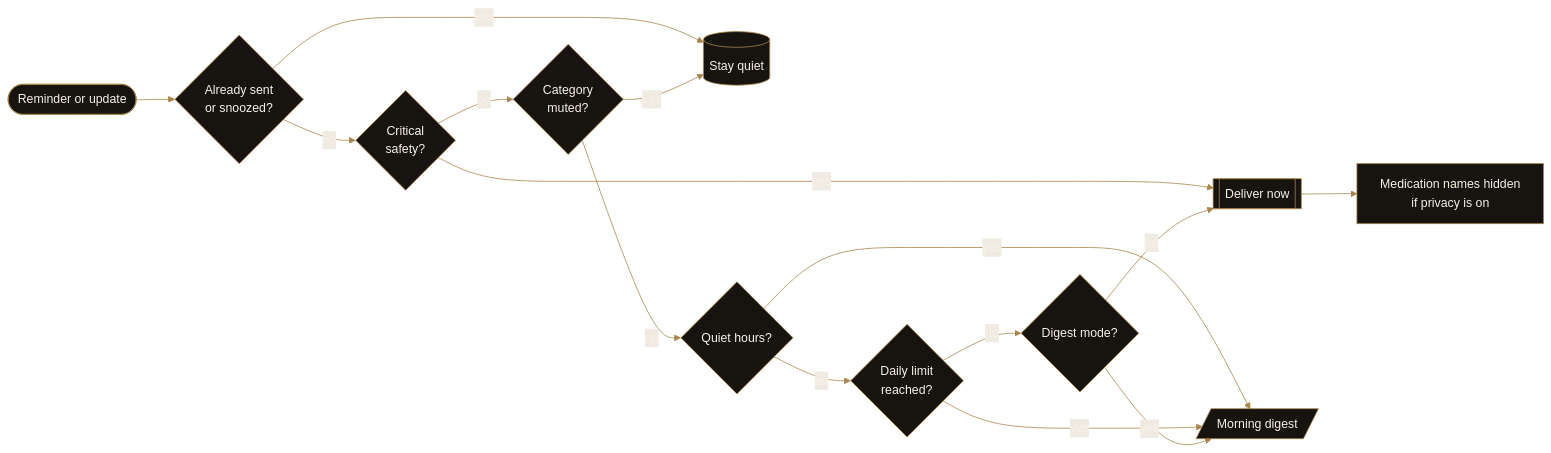
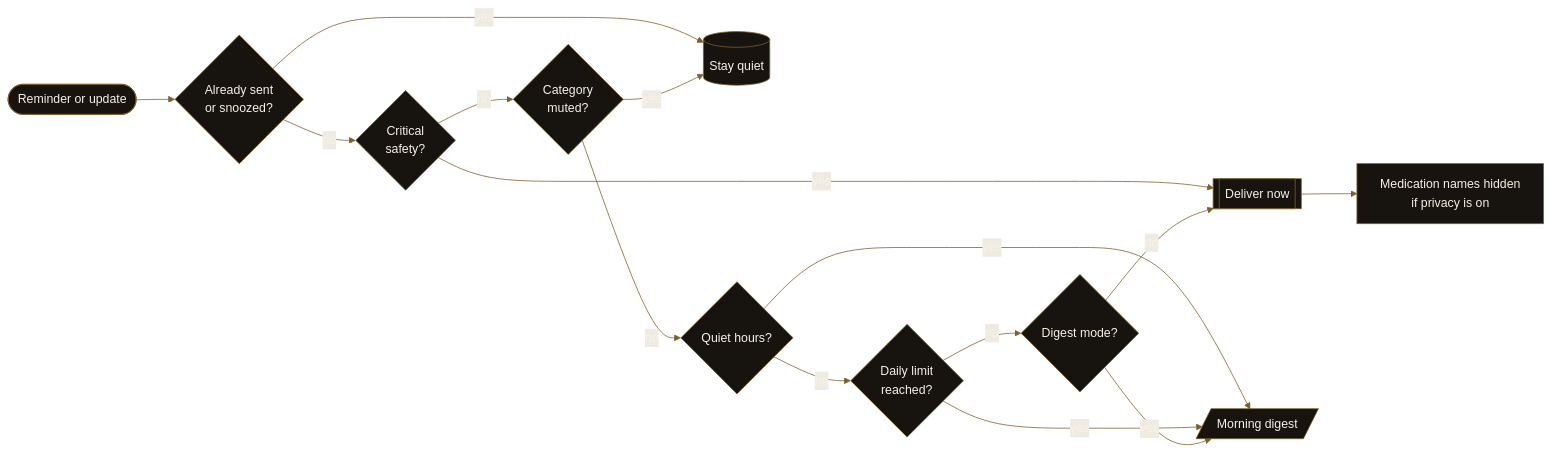
The third of 6 diagrams in femora/README.md (florina787/Data-sets), drawn with Mermaid before and after one commit. The commit also changed other lines of this file and 37 other files, not shown here.

````diff
--- a/femora/README.md
+++ b/femora/README.md
@@ -217,18 +274,18 @@
 ```mermaid
-%%{init: {'theme':'base','themeVariables':{'primaryColor':'#17140f','primaryTextColor':'#f7f1e6','primaryBorderColor':'#a8844c','lineColor':'#a8844c','secondaryColor':'#f0ebe2','tertiaryColor':'#fbf8f2','fontFamily':'Georgia'}}}%%
+%%{init: {'theme':'base','themeVariables':{'primaryColor':'#17140f','primaryTextColor':'#f7f1e6','primaryBorderColor':'#7c5f2b','lineColor':'#7c5f2b','secondaryColor':'#f0ebe2','tertiaryColor':'#fbf8f2','fontFamily':'Georgia'}}}%%
 flowchart LR
     A([Reminder or update]) --> B{Already sent<br/>or snoozed?}
     B -- yes --> X[(Stay quiet)]
     B -- no --> C{Critical<br/>safety?}
     C -- yes --> D[[Deliver now]]
     C -- no --> E{Category<br/>muted?}
     E -- yes --> X
     E -- no --> F{Quiet hours?}
     F -- yes --> G[/Morning digest/]
     F -- no --> H{Daily limit<br/>reached?}
     H -- yes --> G
     H -- no --> I{Digest mode?}
     I -- yes --> G
     I -- no --> D
     D --> J[Medication names hidden<br/>if privacy is on]
 ```
````
